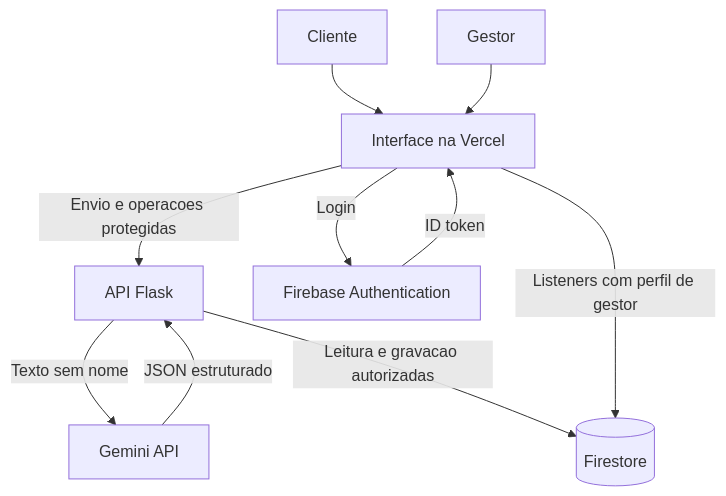
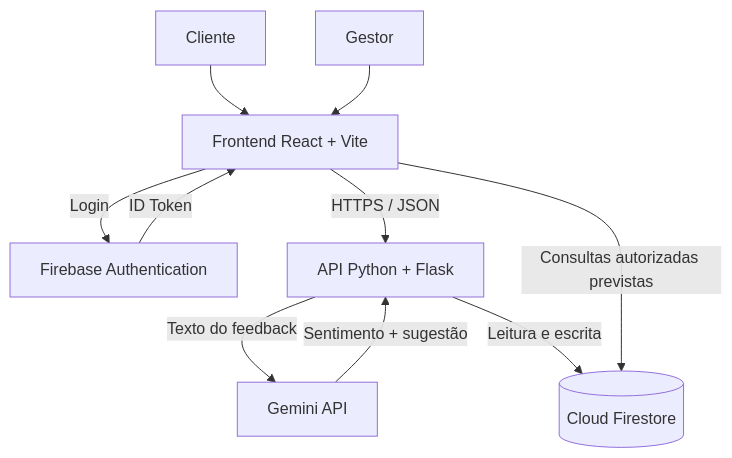
One commit to Rijkaard10/VozDoCliente-IA changed the first of 3 diagrams in README.md. Above: the diagram before and after it, drawn with Mermaid. The commit also changed other lines of this file, not shown here.

````diff
--- a/README.md
+++ b/README.md
@@ -104,12 +176,17 @@
 ```mermaid
 flowchart TD
-    Cliente[Cliente] --> Web[Interface na Vercel]
-    Gestor[Gestor] --> Web
-    Web -->|Envio e operacoes protegidas| API[API Flask]
-    Web -->|Login| Auth[Firebase Authentication]
-    Auth -->|ID token| Web
-    API -->|Texto sem nome| IA[Gemini API]
-    IA -->|JSON estruturado| API
-    API -->|Leitura e gravacao autorizadas| DB[(Firestore)]
-    Web -->|Listeners com perfil de gestor| DB
+    Cliente[Cliente] --> Front[Frontend React + Vite]
+    Gestor[Gestor] --> Front
+
+    Front -->|Login| Auth[Firebase Authentication]
+    Auth -->|ID Token| Front
+
+    Front -->|HTTPS / JSON| API[API Python + Flask]
+
+    API -->|Texto do feedback| IA[Gemini API]
+    IA -->|Sentimento + sugestão| API
+
+    API -->|Leitura e escrita| DB[(Cloud Firestore)]
+
+    Front -->|Consultas autorizadas previstas| DB
 ```
````
